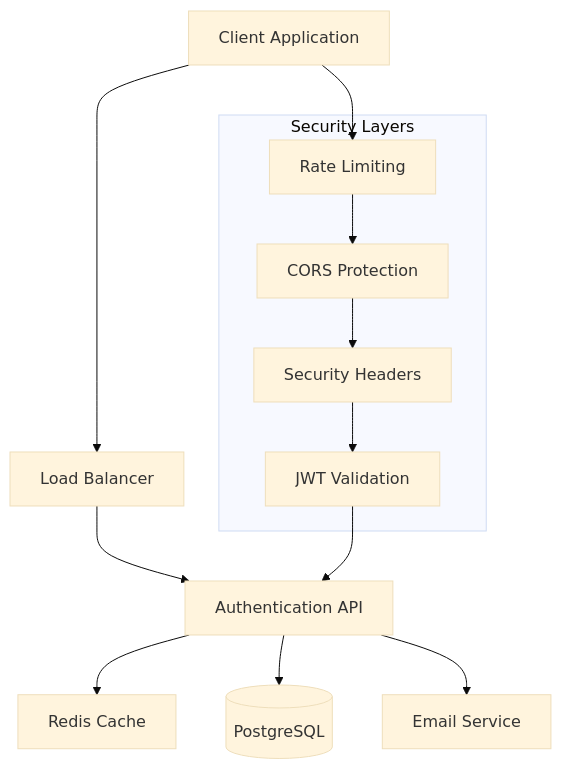
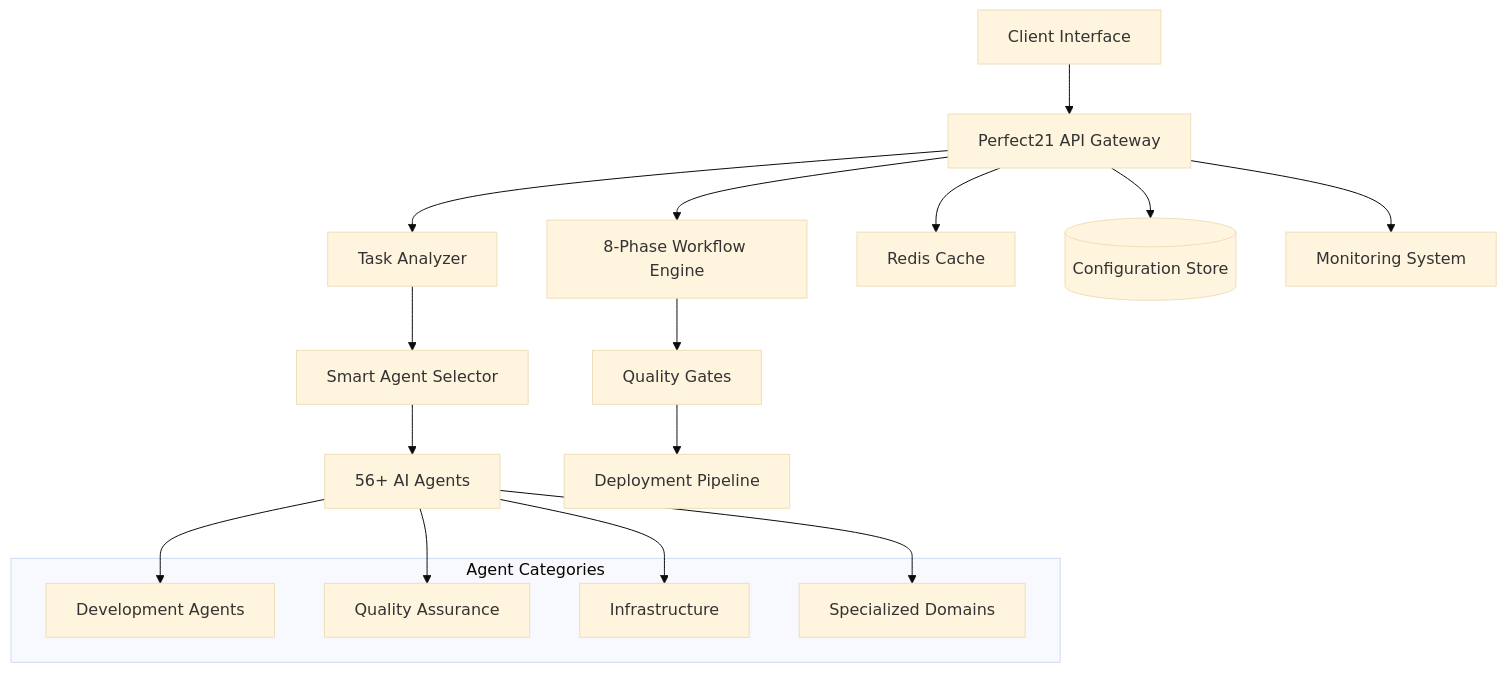
Before and after one commit to perfectuser21/Claude_Enhancer: the diagram in docs/API_DOCUMENTATION.md, drawn with Mermaid (base theme). The commit also changed other lines of this file and 89 other files, not shown here.

First line of the commit message:
feat: complete todo API implementation with 8-phase workflow

````diff
--- a/docs/API_DOCUMENTATION.md
+++ b/docs/API_DOCUMENTATION.md
@@ -20,21 +21,27 @@
 ```mermaid
 graph TB
-    Client[Client Application] --> LB[Load Balancer]
-    LB --> API[Authentication API]
-    API --> Cache[Redis Cache]
-    API --> DB[(PostgreSQL)]
-    API --> Email[Email Service]
+    Client[Client Interface] --> API[Perfect21 API Gateway]
+    API --> TaskAnalyzer[Task Analyzer]
+    TaskAnalyzer --> AgentSelector[Smart Agent Selector]
+    AgentSelector --> AgentPool[56+ AI Agents]
 
-    subgraph "Security Layers"
-        RL[Rate Limiting]
-        CORS[CORS Protection]
-        Helmet[Security Headers]
-        JWT[JWT Validation]
+    subgraph "Agent Categories"
+        DevAgents[Development Agents]
+        QAAgents[Quality Assurance]
+        InfraAgents[Infrastructure]
+        SpecAgents[Specialized Domains]
     end
 
-    Client --> RL
-    RL --> CORS
-    CORS --> Helmet
-    Helmet --> JWT
-    JWT --> API
+    AgentPool --> DevAgents
+    AgentPool --> QAAgents
+    AgentPool --> InfraAgents
+    AgentPool --> SpecAgents
+
+    API --> WorkflowEngine[8-Phase Workflow Engine]
+    WorkflowEngine --> QualityGates[Quality Gates]
+    QualityGates --> Deployment[Deployment Pipeline]
+
+    API --> Cache[Redis Cache]
+    API --> DB[(Configuration Store)]
+    API --> Monitor[Monitoring System]
 ```
````
